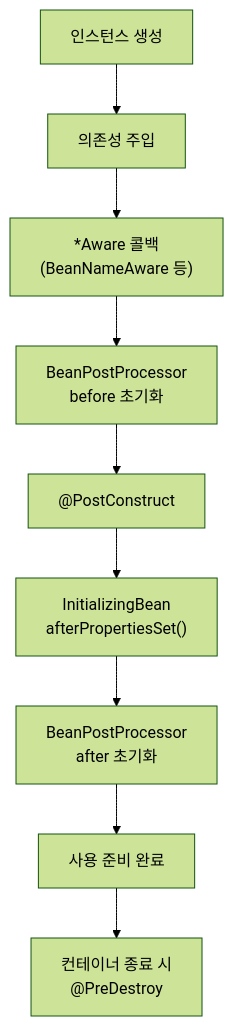
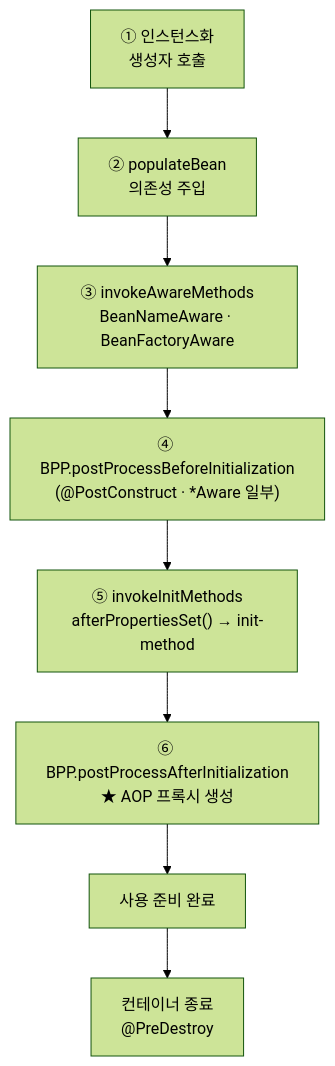
The diagram in _posts/2025-08-20-springboot-ioc-di-bean-lifecycle.md (parksangji/parksangji.github.io), drawn with Mermaid (forest theme) before and after one commit. The commit also changed other lines of this file and 22 other files, not shown here.

````diff
--- a/_posts/2025-08-20-springboot-ioc-di-bean-lifecycle.md
+++ b/_posts/2025-08-20-springboot-ioc-di-bean-lifecycle.md
@@ -63,11 +132,10 @@
 ```mermaid
 flowchart TD
-    A[인스턴스 생성] --> B[의존성 주입]
-    B --> C["*Aware 콜백<br/>(BeanNameAware 등)"]
-    C --> D[BeanPostProcessor<br/>before 초기화]
-    D --> E["@PostConstruct"]
-    E --> F["InitializingBean<br/>afterPropertiesSet()"]
-    F --> G[BeanPostProcessor<br/>after 초기화]
-    G --> H[사용 준비 완료]
-    H --> I["컨테이너 종료 시<br/>@PreDestroy"]
+    A["① 인스턴스화<br/>생성자 호출"] --> B["② populateBean<br/>의존성 주입"]
+    B --> C["③ invokeAwareMethods<br/>BeanNameAware · BeanFactoryAware"]
+    C --> D["④ BPP.postProcessBeforeInitialization<br/>(@PostConstruct · *Aware 일부)"]
+    D --> E["⑤ invokeInitMethods<br/>afterPropertiesSet() → init-method"]
+    E --> F["⑥ BPP.postProcessAfterInitialization<br/>★ AOP 프록시 생성"]
+    F --> G[사용 준비 완료]
+    G --> H["컨테이너 종료<br/>@PreDestroy"]
 ```
````
